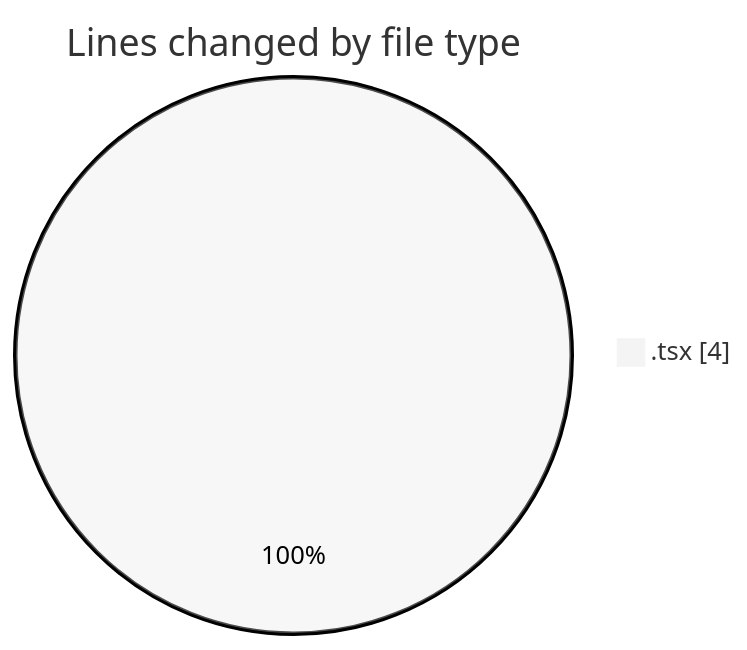
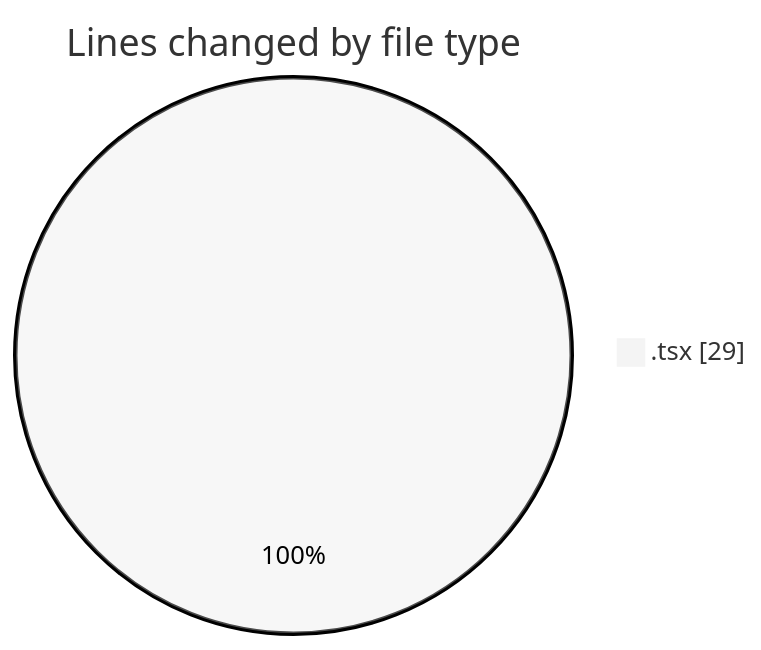
One commit to momahboobian/code-tracking changed the first of 2 diagrams in 2025-04-09/cda/README.md. Above: the diagram before and after it, drawn with Mermaid (neutral theme). The commit also changed other lines of this file and 1 other file, not shown here.

````diff
--- a/2025-04-09/cda/README.md
+++ b/2025-04-09/cda/README.md
@@ -20,5 +20,5 @@
 ```mermaid
 pie showData
 title Lines changed by file type
-".tsx" : 4
+".tsx" : 29
 ```
````
